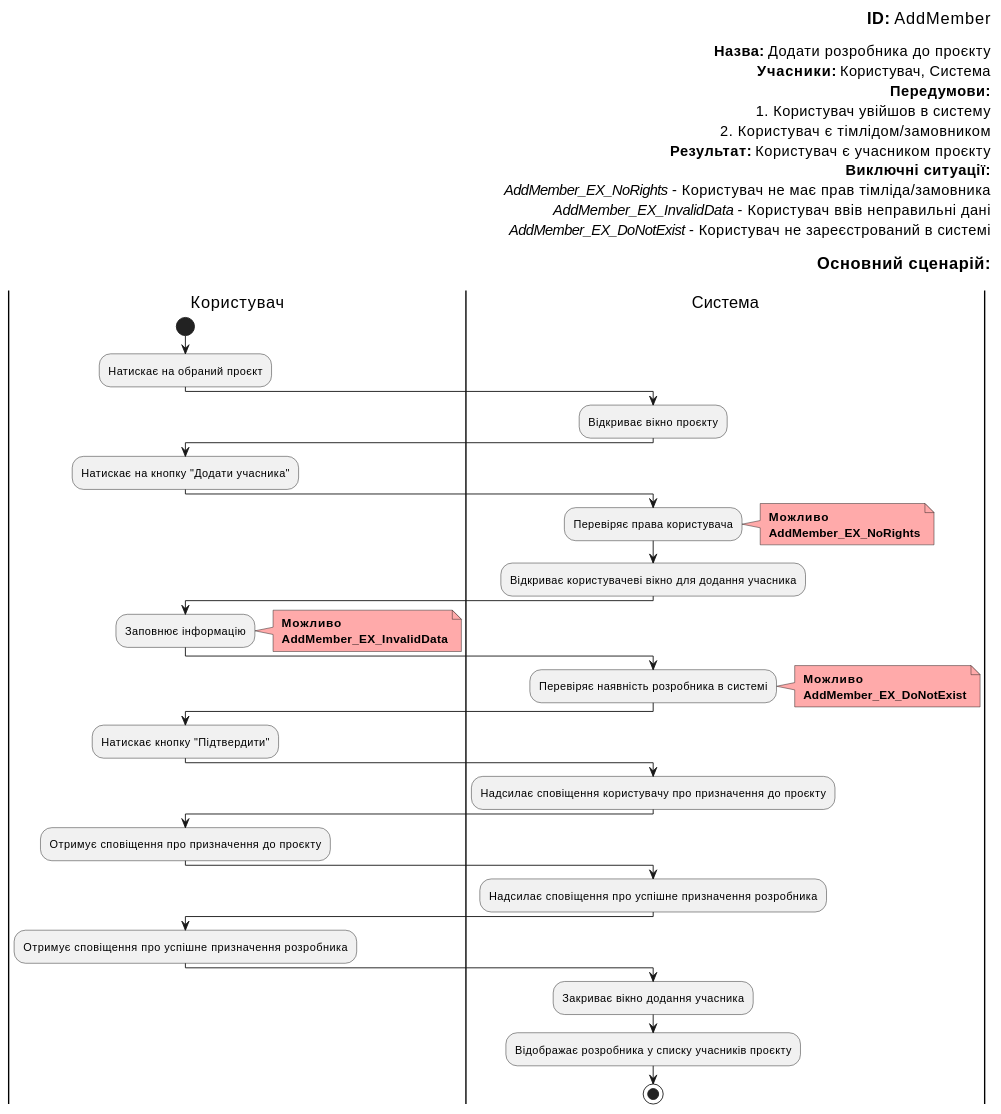
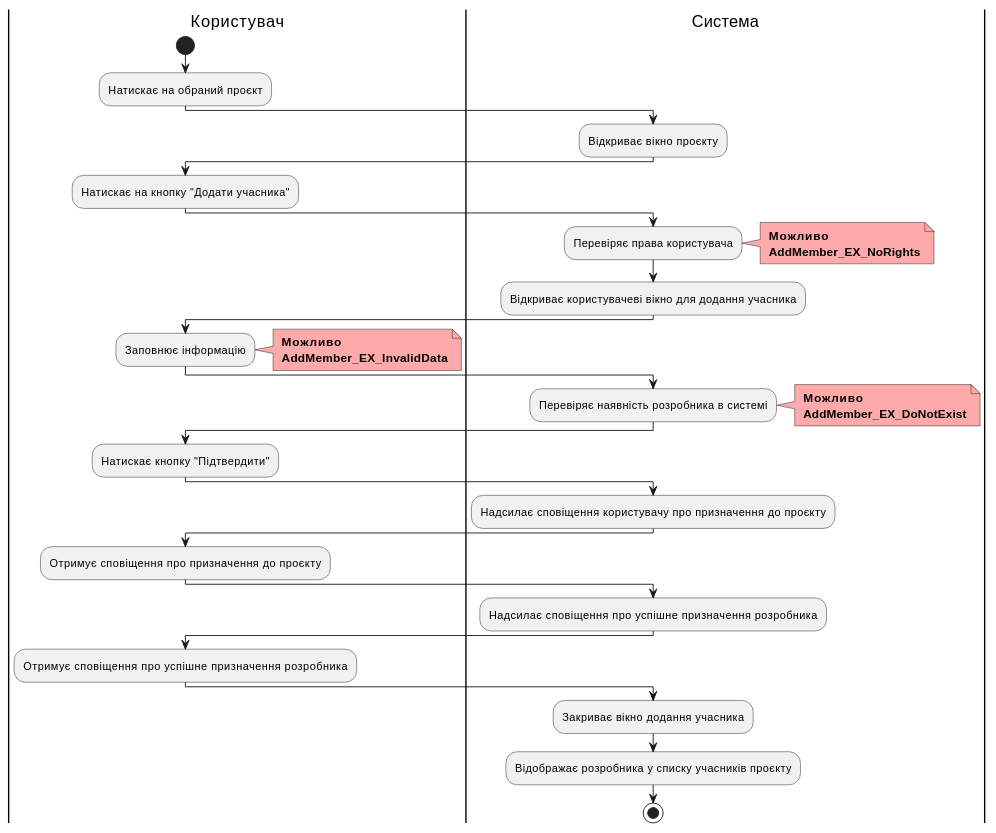
Before and after one commit to boldak/edu-db-cw: diagram 17 of 19 in docs/use cases/README.md, drawn with PlantUML. The commit also changed other lines of this file, not shown here.

```diff
--- a/docs/use cases/README.md
+++ b/docs/use cases/README.md
@@ -1083,74 +1150,56 @@
 @startuml
-
-    right header        
-        <font color=000 size=18><b>ID:</b> AddMember
-
-        <font color=000 size=16><b>Назва:</b> Додати розробника до проєкту
-        <font color=000 size=16><b>Учасники:</b> Користувач, Система
-        <font color=000 size=16><b>Передумови:</b> 
-        <font color=000 size=16>1. Користувач увійшов в систему 
-        <font color=000 size=16> 2. Користувач є тімлідом/замовником
-        <font color=000 size=16><b>Результат:</b> Користувач є учасником проєкту
-        <font color=000 size=16><b>Виключні ситуації:</b>
-        <font color=000 size=16><i>AddMember_EX_NoRights</i> - Користувач не має прав тімліда/замовника
-        <font color=000 size=16><i>AddMember_EX_InvalidData</i> - Користувач ввів неправильні дані
-        <font color=000 size=16><i>AddMember_EX_DoNotExist</i> - Користувач не зареєстрований в системі
-        
-        <font color=000 size=18><b>Основний сценарій:</b>
-        
-    end header
 
     |Користувач|
         start;
         :Натискає на обраний проєкт;
 
     |Система|
         :Відкриває вікно проєкту;
 
     |Користувач|
         :Натискає на кнопку "Додати учасника";
         
     |Система|
         :Перевіряє права користувача;
         note right #ffaaaa
         <b> Можливо
         <b> AddMember_EX_NoRights
         end note
 
         :Відкриває користувачеві вікно для додання учасника;
 
     |Користувач|
         :Заповнює інформацію;
         note right #ffaaaa
         <b> Можливо
         <b> AddMember_EX_InvalidData
         end note
 
     |Система|
         :Перевіряє наявність розробника в системі;
         note right #ffaaaa
         <b> Можливо
         <b> AddMember_EX_DoNotExist
         end note
 
     |Користувач|
         :Натискає кнопку "Підтвердити";
 
     |Система|
         :Надсилає сповіщення користувачу про призначення до проєкту;
 
     |Користувач|
         :Отримує сповіщення про призначення до проєкту;
 
     |Система|
         :Надсилає сповіщення про успішне призначення розробника;
 
     |Користувач|
         :Отримує сповіщення про успішне призначення розробника;
 
     |Система|
         :Закриває вікно додання учасника;
         :Відображає розробника у списку учасників проєкту;
         stop;
 
 @enduml
```
